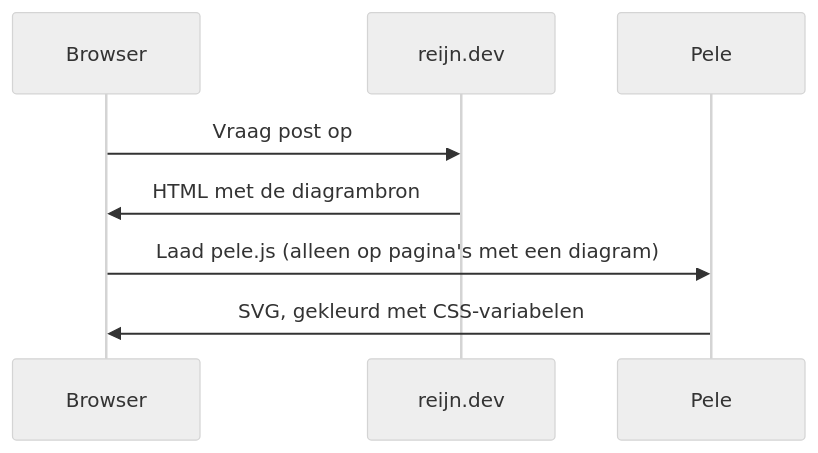
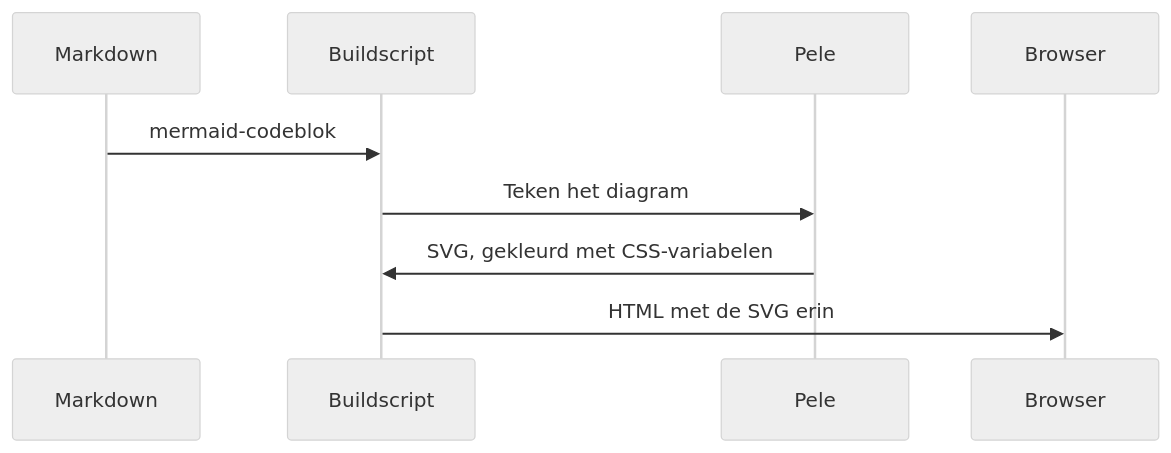
Before and after one commit to Reijnn/reijn.dev: the fifth of 5 diagrams in content/posts/2026/fast-forward-vs-merge.nl.md, drawn with Mermaid (neutral theme). The commit also changed other lines of this file and 3 other files, not shown here.

Commit message:
docs: describe build-time diagrams in the measurements and fast-forward posts

````diff
--- a/content/posts/2026/fast-forward-vs-merge.nl.md
+++ b/content/posts/2026/fast-forward-vs-merge.nl.md
@@ -77,10 +77,11 @@
 ```mermaid
 sequenceDiagram
+  participant M as Markdown
+  participant S as Buildscript
+  participant P as Pele
   participant B as Browser
-  participant H as reijn.dev
-  participant P as Pele
-  B->>H: Vraag post op
-  H->>B: HTML met de diagrambron
-  B->>P: Laad pele.js (alleen op pagina's met een diagram)
-  P->>B: SVG, gekleurd met CSS-variabelen
+  M->>S: mermaid-codeblok
+  S->>P: Teken het diagram
+  P->>S: SVG, gekleurd met CSS-variabelen
+  S->>B: HTML met de SVG erin
 ```
````
